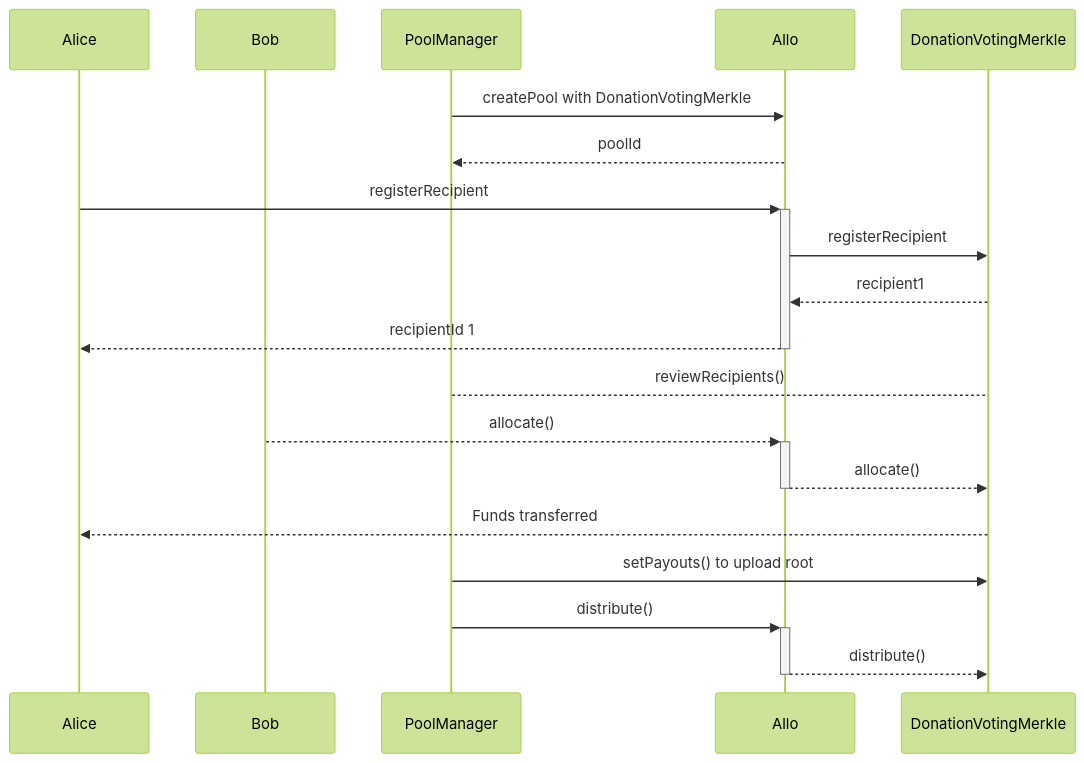
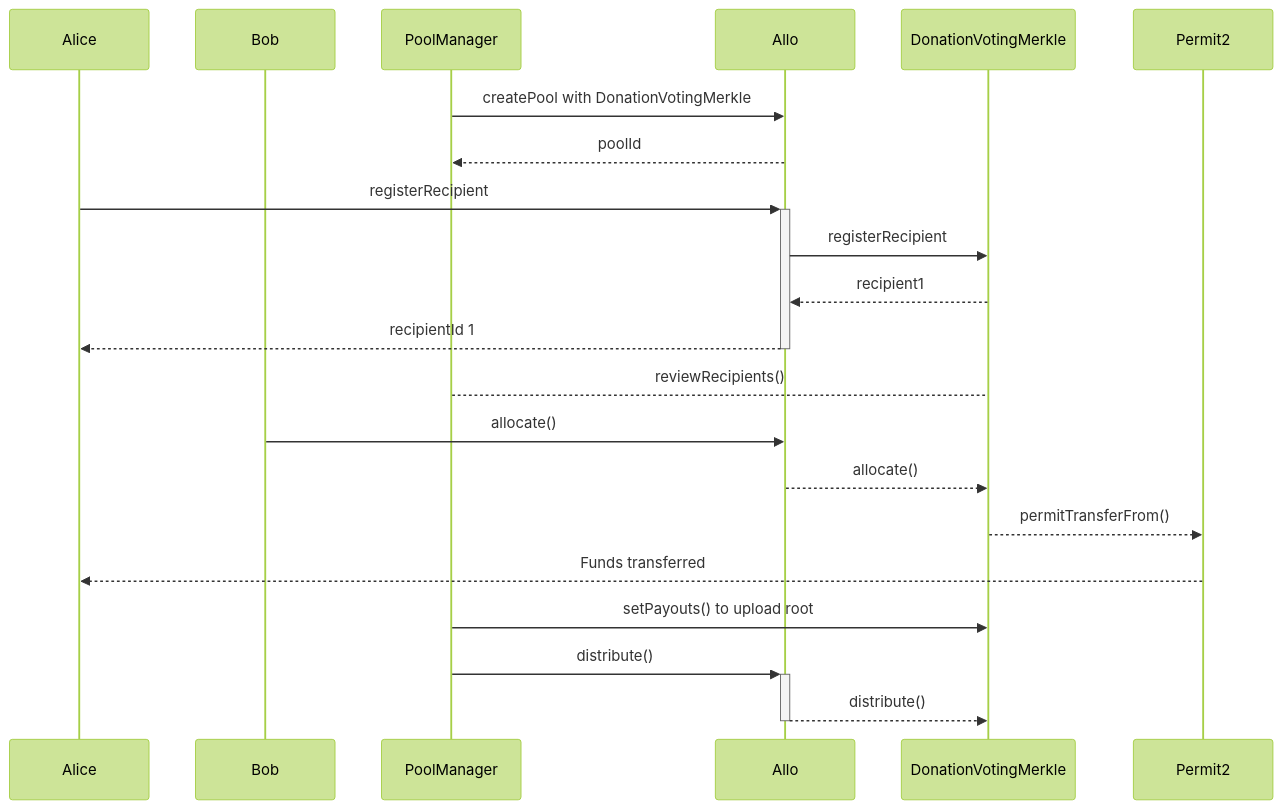
One commit to allo-protocol/allo-v2 changed the diagram in contracts/strategies/donation-voting-merkle-distribution-direct-transfer/README.md. Above: the diagram before and after it, drawn with Mermaid (forest theme). The commit also changed other lines of this file and 1 other file, not shown here.

````diff
--- a/contracts/strategies/donation-voting-merkle-distribution-direct-transfer/README.md
+++ b/contracts/strategies/donation-voting-merkle-distribution-direct-transfer/README.md
@@ -34,22 +34,24 @@
 ```mermaid
 sequenceDiagram
     participant Alice
     participant Bob
     participant PoolManager
     participant Allo
     participant DonationVotingMerkle
+    participant Permit2
 
     PoolManager->>Allo: createPool with DonationVotingMerkle
     Allo-->>PoolManager: poolId
     Alice->>+Allo: registerRecipient
     Allo->>DonationVotingMerkle: registerRecipient
     DonationVotingMerkle-->>Allo: recipient1
     Allo-->>-Alice: recipientId 1
     PoolManager-->DonationVotingMerkle: reviewRecipients()
-    Bob-->>+Allo: allocate()
-    Allo-->>-DonationVotingMerkle: allocate()
-    DonationVotingMerkle-->>Alice: Funds transferred
+    Bob->>Allo: allocate()
+    Allo-->>DonationVotingMerkle: allocate()
+    DonationVotingMerkle-->>Permit2: permitTransferFrom()
+    Permit2-->>Alice: Funds transferred
     PoolManager->>DonationVotingMerkle: setPayouts() to upload root
     PoolManager->>+Allo: distribute()
     Allo-->>-DonationVotingMerkle: distribute()
 ```
````
